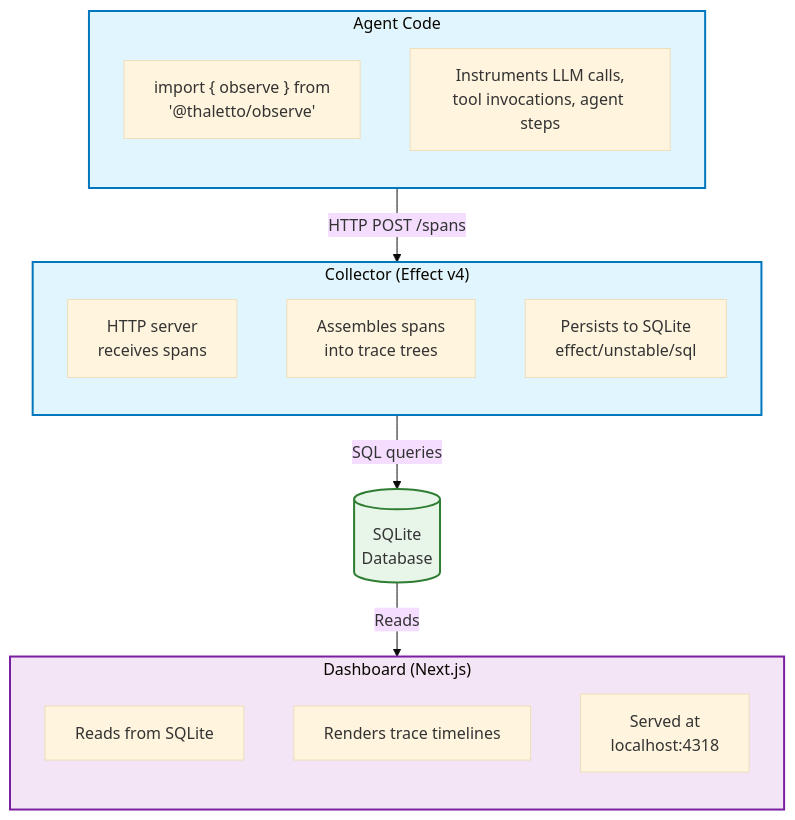
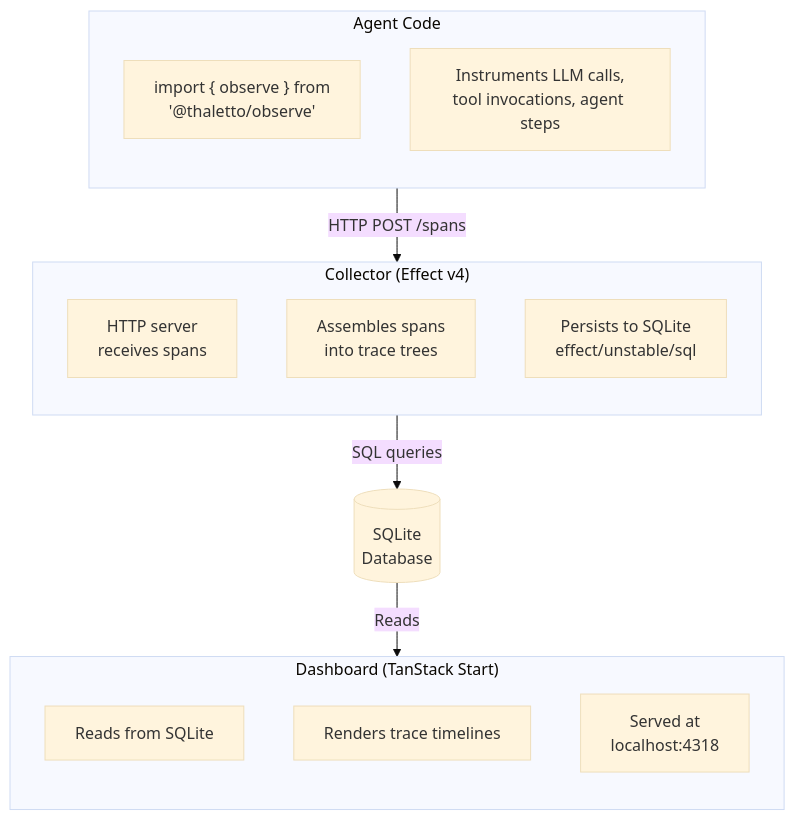
Before and after one commit to thaletto/thaletto-jobs: the diagram in docs/technical-spec.md, drawn with Mermaid (base theme). The commit also changed other lines of this file, not shown here.

Commit message:
fix: update technical specification to reflect TanStack Start as the dashboard framework

````diff
--- a/docs/technical-spec.md
+++ b/docs/technical-spec.md
@@ -44,37 +44,33 @@
 ```mermaid
 flowchart TB
     subgraph SDK ["Agent Code"]
         direction TB
         A["import { observe } from<br/>'@thaletto/observe'"]
         B["Instruments LLM calls,<br/>tool invocations, agent steps"]
     end
 
     SDK -->|HTTP POST /spans| C[("Collector<br/>(Effect v4)")]
     
     subgraph C ["Collector (Effect v4)"]
         direction TB
         C1["HTTP server<br/>receives spans"]
         C2["Assembles spans<br/>into trace trees"]
         C3["Persists to SQLite<br/>effect/unstable/sql"]
     end
     
     C -->|SQL queries| D[("SQLite<br/>Database")]
 
-    D -->|Reads| E[("Dashboard<br/>(Next.js)")]
+    D -->|Reads| E[("Dashboard<br/>(TanStack Start)")]
     
-    subgraph E ["Dashboard (Next.js)"]
+    subgraph E ["Dashboard (TanStack Start)"]
         direction TB
         E1["Reads from SQLite"]
         E2["Renders trace timelines"]
         E3["Served at<br/>localhost:4318"]
     end
 
-    classDef primary fill:#e1f5fe,stroke:#0277bd,stroke-width:2px
-    classDef secondary fill:#f3e5f5,stroke:#7b1fa2,stroke-width:2px
-    classDef storage fill:#e8f5e9,stroke:#2e7d32,stroke-width:2px
-    
     class SDK primary
     class C primary
     class D storage
     class E secondary
 ```
````
